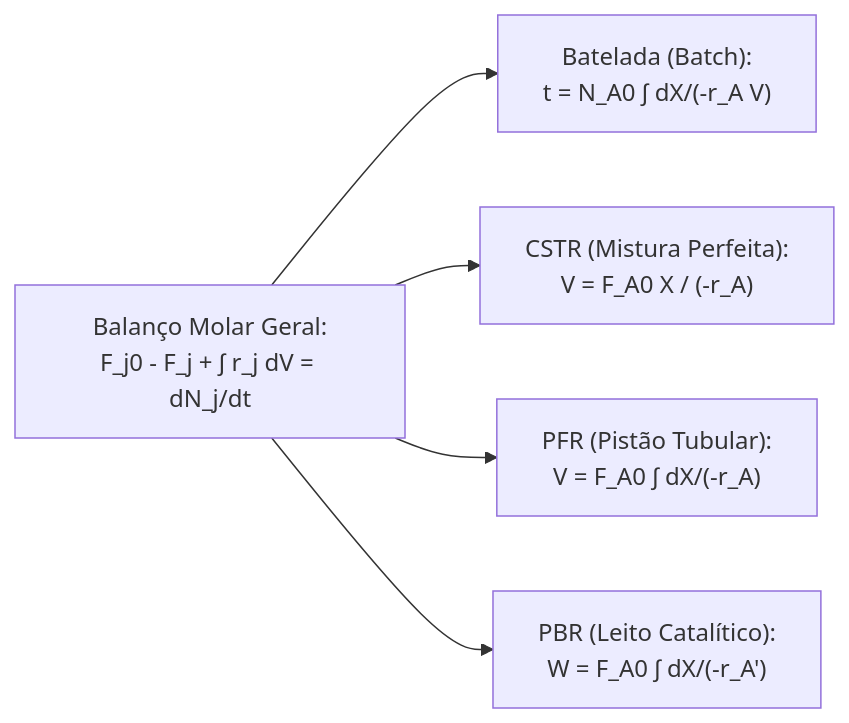
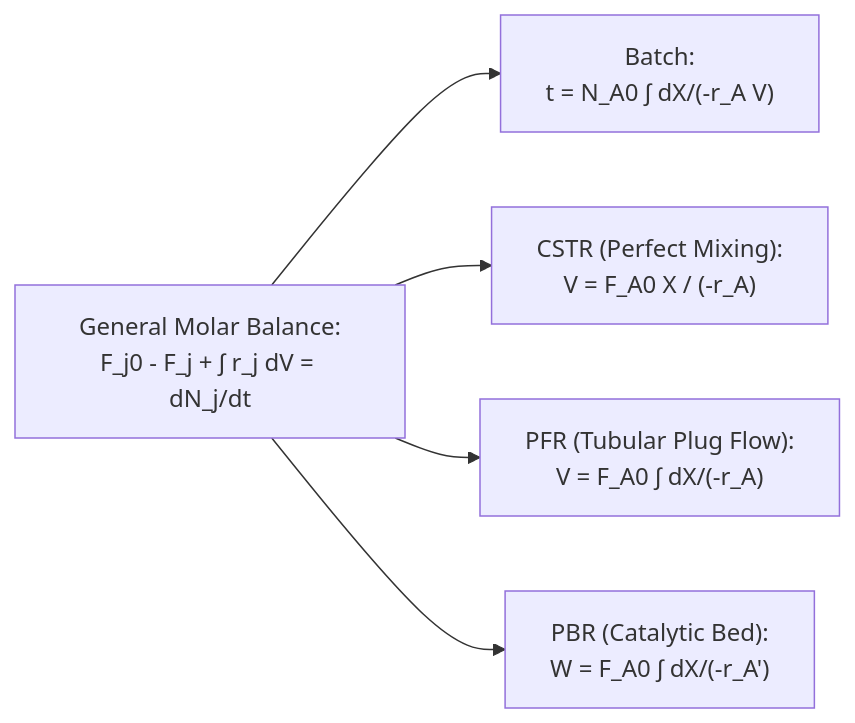
The diagram in knowledge/skills/domains/academic/academic-chemical-engineering-reactors/SKILL.md (dandgabr/Coacus), drawn with Mermaid before and after one commit. The commit also changed 143 other files, not shown here.

````diff
--- a/knowledge/skills/domains/academic/academic-chemical-engineering-reactors/SKILL.md
+++ b/knowledge/skills/domains/academic/academic-chemical-engineering-reactors/SKILL.md
@@ -14,7 +14,7 @@
 ```mermaid
 flowchart LR
-    A["Balanço Molar Geral:<br/>F_j0 - F_j + ∫ r_j dV = dN_j/dt"] --> B["Batelada (Batch):<br/>t = N_A0 ∫ dX/(-r_A V)"]
-    A --> C["CSTR (Mistura Perfeita):<br/>V = F_A0 X / (-r_A)"]
-    A --> D["PFR (Pistão Tubular):<br/>V = F_A0 ∫ dX/(-r_A)"]
-    A --> E["PBR (Leito Catalítico):<br/>W = F_A0 ∫ dX/(-r_A')"]
+    A["General Molar Balance:<br/>F_j0 - F_j + ∫ r_j dV = dN_j/dt"] --> B["Batch:<br/>t = N_A0 ∫ dX/(-r_A V)"]
+    A --> C["CSTR (Perfect Mixing):<br/>V = F_A0 X / (-r_A)"]
+    A --> D["PFR (Tubular Plug Flow):<br/>V = F_A0 ∫ dX/(-r_A)"]
+    A --> E["PBR (Catalytic Bed):<br/>W = F_A0 ∫ dX/(-r_A')"]
 ```
````
